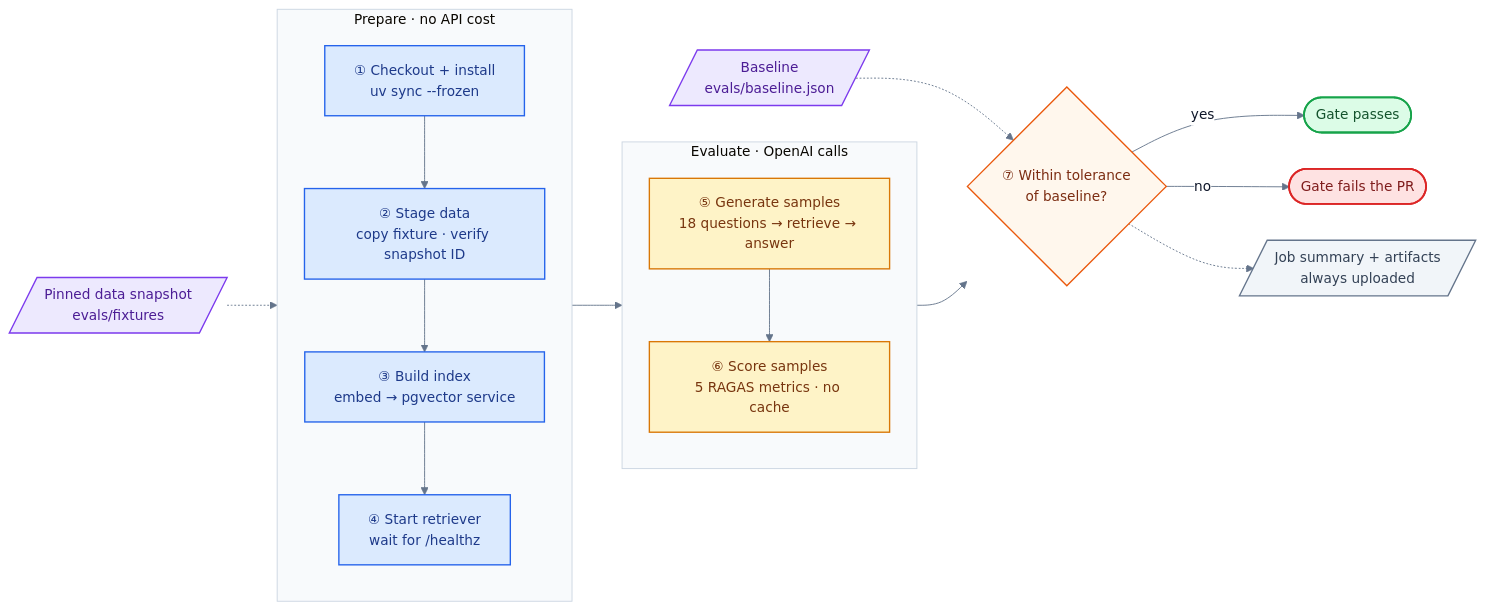
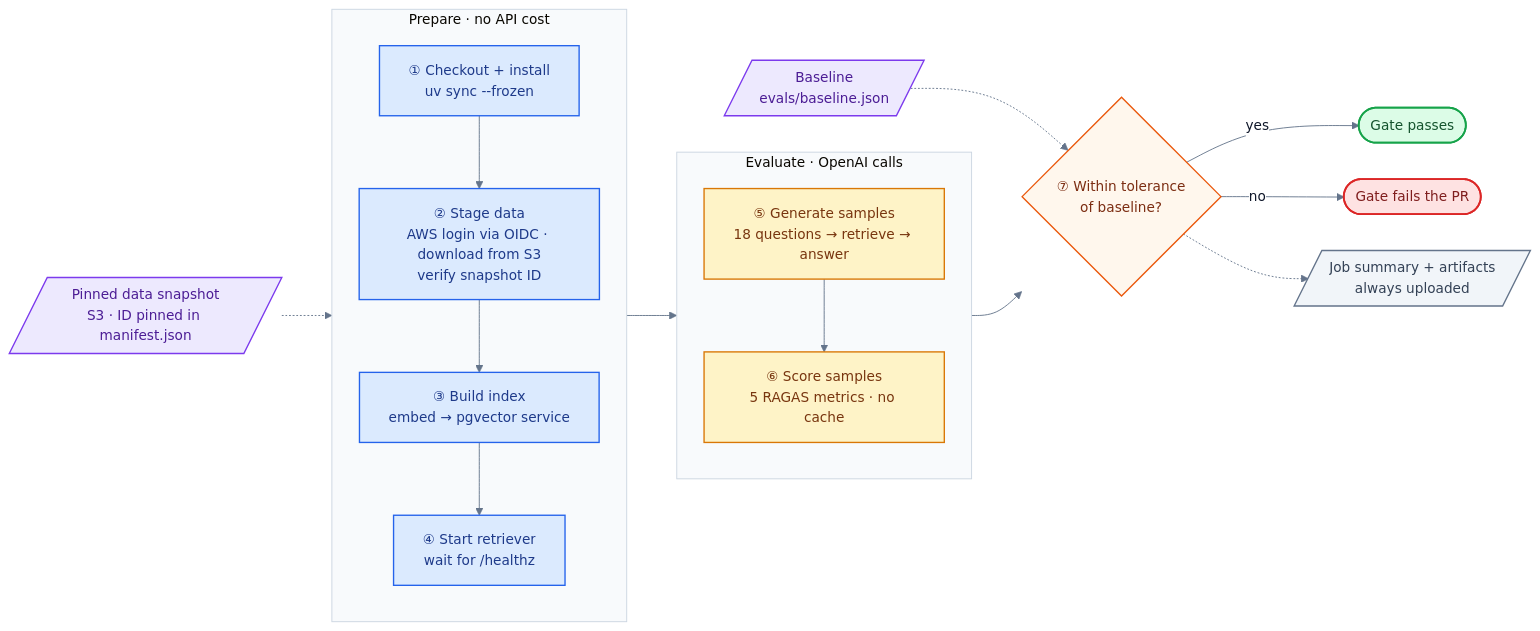
The second of 2 diagrams in docs/ci_workflows.md (shashankag14/auto-safety-assist), drawn with Mermaid before and after one commit. The commit also changed other lines of this file and 2 other files, not shown here.

Commit message:
docs: update project docs

````diff
--- a/docs/ci_workflows.md
+++ b/docs/ci_workflows.md
@@ -59,43 +59,43 @@
 ```mermaid
 %%{init: {"theme":"base","themeVariables":{"fontFamily":"Inter, Segoe UI, Helvetica, Arial, sans-serif","fontSize":"15px","lineColor":"#64748b","primaryTextColor":"#0f172a","edgeLabelBackground":"#ffffff","clusterBkg":"#f8fafc","clusterBorder":"#cbd5e1"},"flowchart":{"curve":"basis","nodeSpacing":40,"rankSpacing":55,"padding":16}}}%%
 flowchart LR
-    fixture[/"Pinned data snapshot<br/>evals/fixtures"/]:::input
+    fixture[/"Pinned data snapshot<br/>S3 · ID pinned in manifest.json"/]:::input
 
     subgraph prepare["Prepare · no API cost"]
         direction TB
         setup["① Checkout + install<br/>uv sync --frozen"]:::step
-        stage["② Stage data<br/>copy fixture · verify snapshot ID"]:::step
+        stage["② Stage data<br/>AWS login via OIDC · download from S3<br/>verify snapshot ID"]:::step
         index["③ Build index<br/>embed → pgvector service"]:::step
         retr["④ Start retriever<br/>wait for /healthz"]:::step
         setup --> stage --> index --> retr
     end
 
     subgraph evaluate["Evaluate · OpenAI calls"]
         direction TB
         gen["⑤ Generate samples<br/>18 questions → retrieve → answer"]:::paid
         score["⑥ Score samples<br/>5 RAGAS metrics · no cache"]:::paid
         gen --> score
     end
 
     baseline[/"Baseline<br/>evals/baseline.json"/]:::input
     check{"⑦ Within tolerance<br/>of baseline?"}:::decision
     pass(["Gate passes"]):::pass
     fail(["Gate fails the PR"]):::fail
     report[/"Job summary + artifacts<br/>always uploaded"/]:::output
 
     fixture -.-> prepare
     prepare --> evaluate
     evaluate --> check
     baseline -.-> check
     check -- yes --> pass
     check -- no --> fail
     check -.-> report
 
     classDef step fill:#dbeafe,stroke:#2563eb,stroke-width:1.5px,color:#1e3a8a
     classDef paid fill:#fef3c7,stroke:#d97706,stroke-width:1.5px,color:#78350f
     classDef input fill:#ede9fe,stroke:#7c3aed,stroke-width:1.5px,color:#4c1d95
     classDef decision fill:#fff7ed,stroke:#ea580c,stroke-width:1.5px,color:#7c2d12
     classDef output fill:#f1f5f9,stroke:#64748b,stroke-width:1.5px,color:#334155
     classDef pass fill:#dcfce7,stroke:#16a34a,stroke-width:2px,color:#14532d
     classDef fail fill:#fee2e2,stroke:#dc2626,stroke-width:2px,color:#7f1d1d
 ```
````
